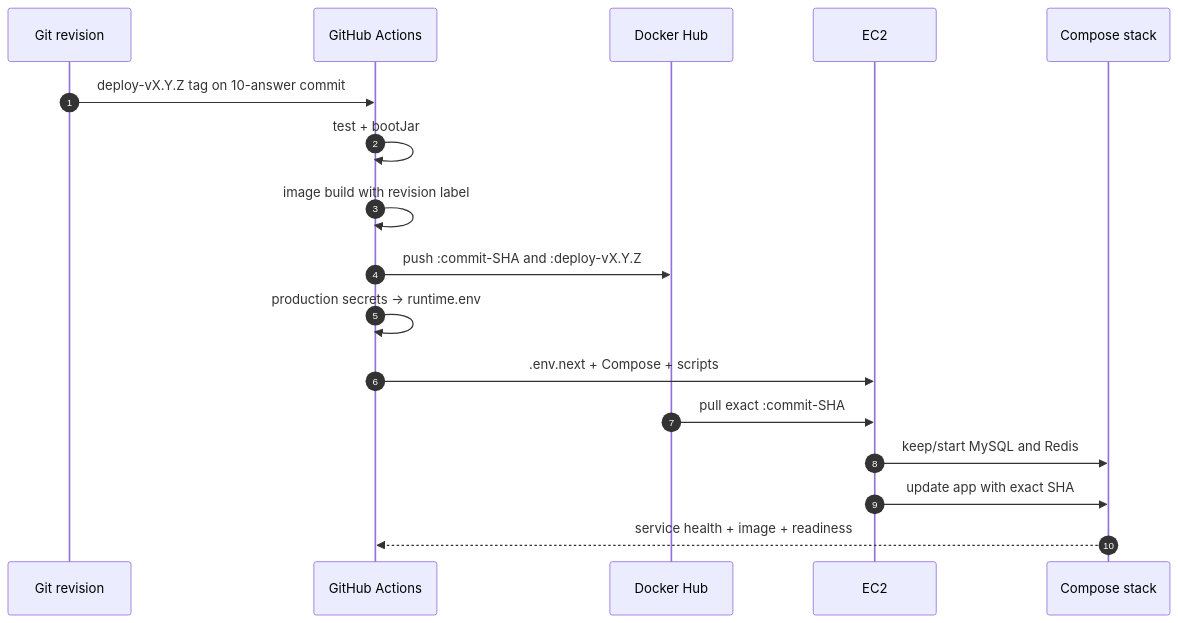
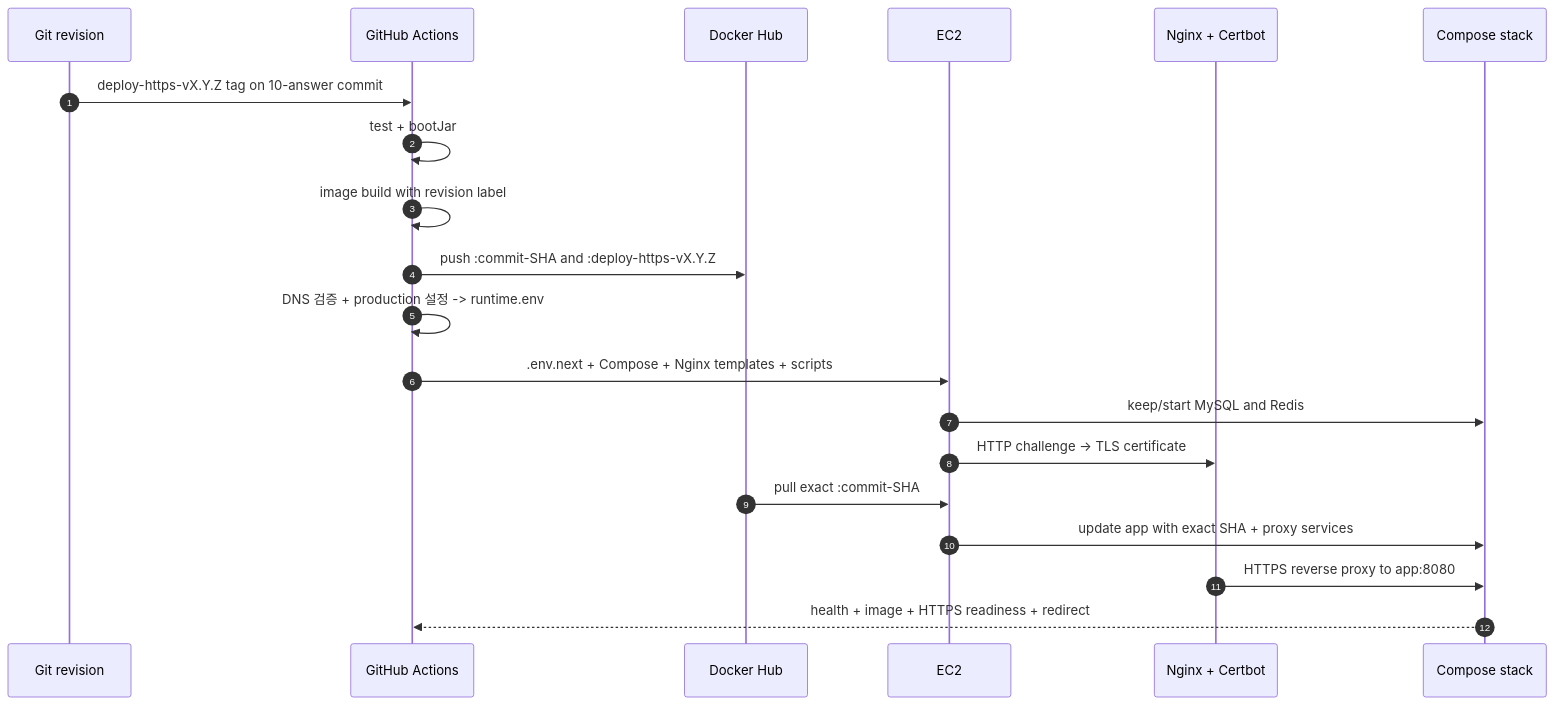
Before and after one commit to stdiodh/spring-boot-cicd-deployment-lab: the second of 2 diagrams in docs/theory.md, drawn with Mermaid. The commit also changed other lines of this file and 3 other files, not shown here.

First line of the commit message:
docs(deploy): HTTPS 배포 계약 정리

````diff
--- a/docs/theory.md
+++ b/docs/theory.md
@@ -89,20 +92,23 @@
 ```mermaid
 sequenceDiagram
     autonumber
     participant Git as Git revision
     participant CI as GitHub Actions
     participant Hub as Docker Hub
     participant EC2 as EC2
+    participant Proxy as Nginx + Certbot
     participant Stack as Compose stack
 
-    Git->>CI: deploy-vX.Y.Z tag on 10-answer commit
+    Git->>CI: deploy-https-vX.Y.Z tag on 10-answer commit
     CI->>CI: test + bootJar
     CI->>CI: image build with revision label
-    CI->>Hub: push :commit-SHA and :deploy-vX.Y.Z
-    CI->>CI: production secrets -> runtime.env
-    CI->>EC2: .env.next + Compose + scripts
+    CI->>Hub: push :commit-SHA and :deploy-https-vX.Y.Z
+    CI->>CI: DNS 검증 + production 설정 -> runtime.env
+    CI->>EC2: .env.next + Compose + Nginx templates + scripts
+    EC2->>Stack: keep/start MySQL and Redis
+    EC2->>Proxy: HTTP challenge -> TLS certificate
     Hub->>EC2: pull exact :commit-SHA
-    EC2->>Stack: keep/start MySQL and Redis
-    EC2->>Stack: update app with exact SHA
-    Stack-->>CI: service health + image + readiness
+    EC2->>Stack: update app with exact SHA + proxy services
+    Proxy->>Stack: HTTPS reverse proxy to app:8080
+    Stack-->>CI: health + image + HTTPS readiness + redirect
 ```
````
